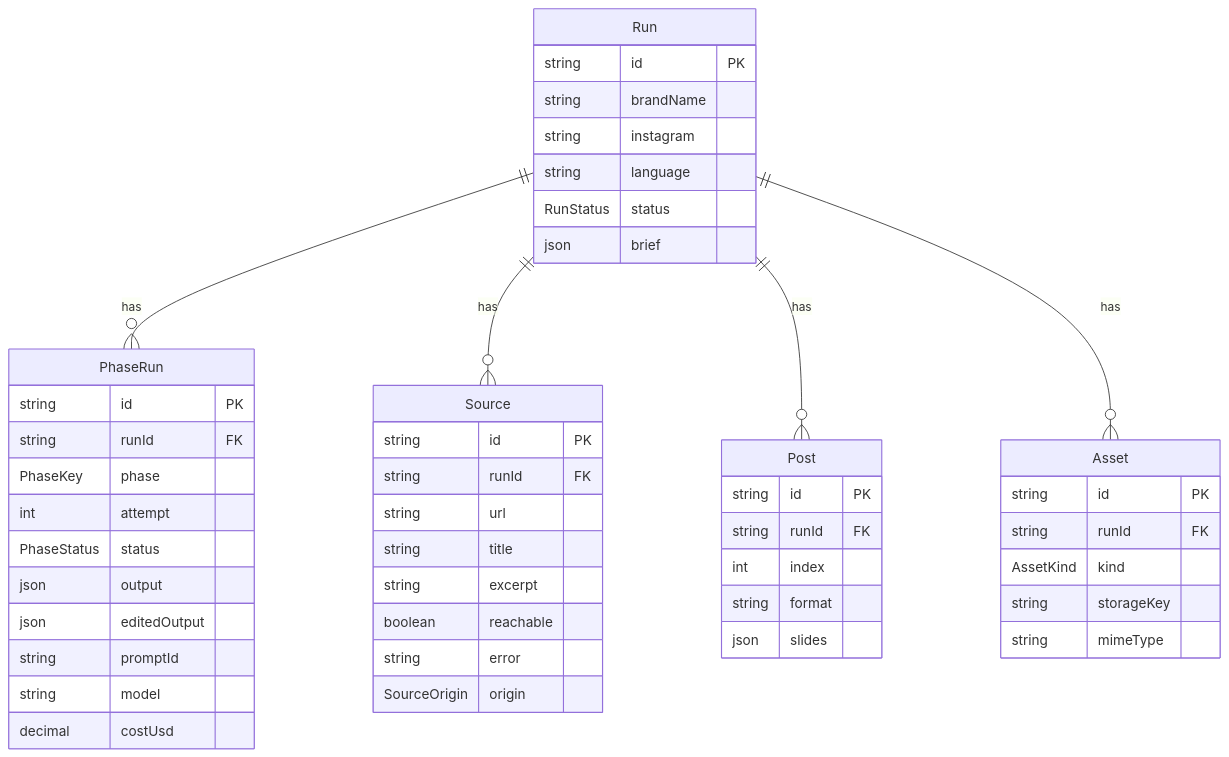
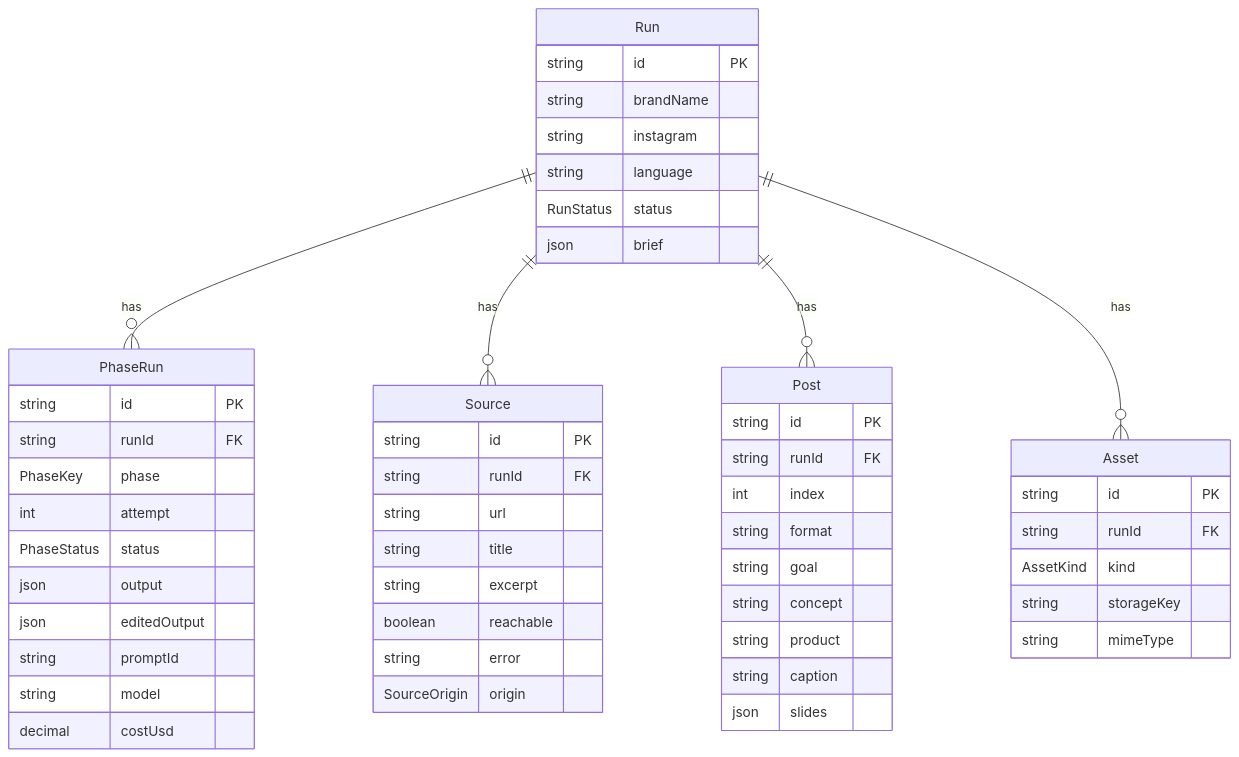
One commit to Aur316/ai-post-recipe changed the diagram in docs/architecture/07-data-model.md. Above: the diagram before and after it, drawn with Mermaid. The commit also changed 32 other files, not shown here.

````diff
--- a/docs/architecture/07-data-model.md
+++ b/docs/architecture/07-data-model.md
@@ -5,52 +5,56 @@
 ```mermaid
 erDiagram
   Run ||--o{ PhaseRun : has
   Run ||--o{ Source : has
   Run ||--o{ Post : has
   Run ||--o{ Asset : has
 
   Run {
     string id PK
     string brandName
     string instagram
     string language
     RunStatus status
     json brief
   }
   PhaseRun {
     string id PK
     string runId FK
     PhaseKey phase
     int attempt
     PhaseStatus status
     json output
     json editedOutput
     string promptId
     string model
     decimal costUsd
   }
   Source {
     string id PK
     string runId FK
     string url
     string title
     string excerpt
     boolean reachable
     string error
     SourceOrigin origin
   }
   Post {
     string id PK
     string runId FK
     int index
     string format
+    string goal
+    string concept
+    string product
+    string caption
     json slides
   }
   Asset {
     string id PK
     string runId FK
     AssetKind kind
     string storageKey
     string mimeType
   }
 ```
````
